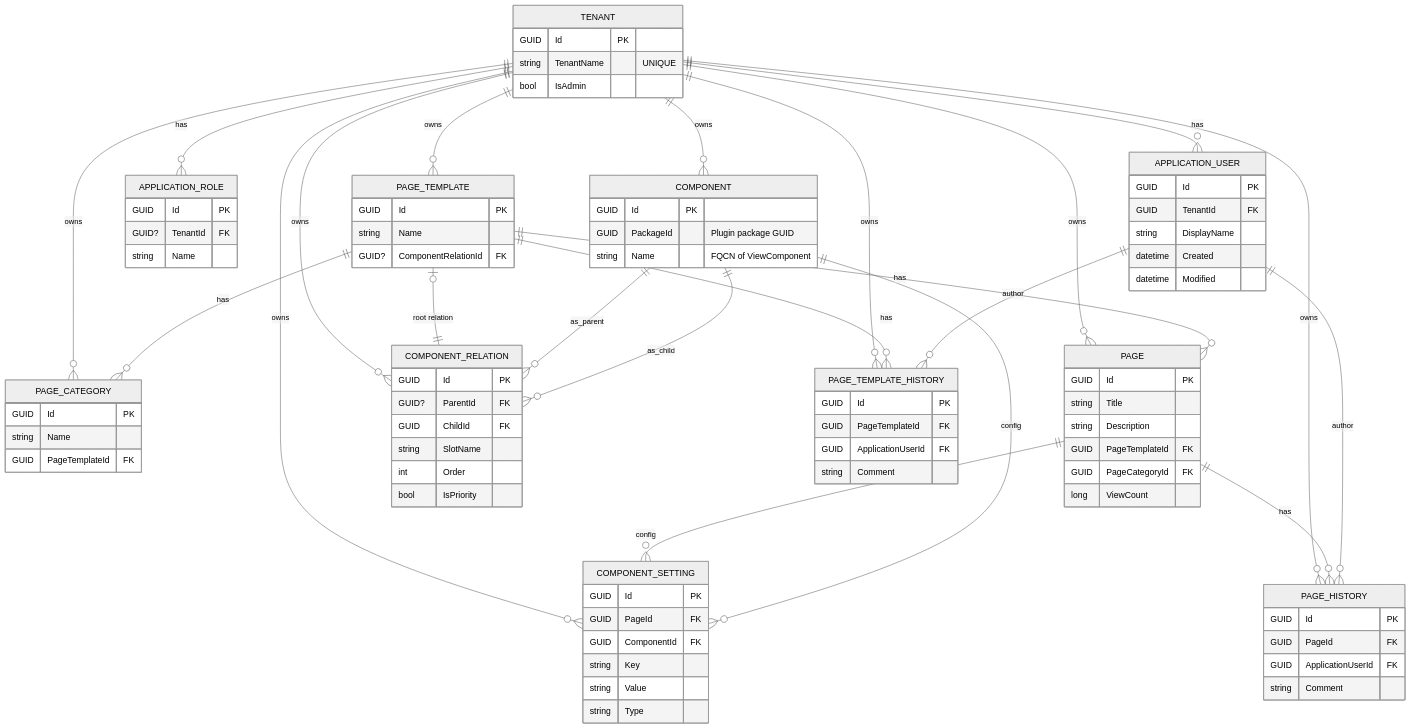
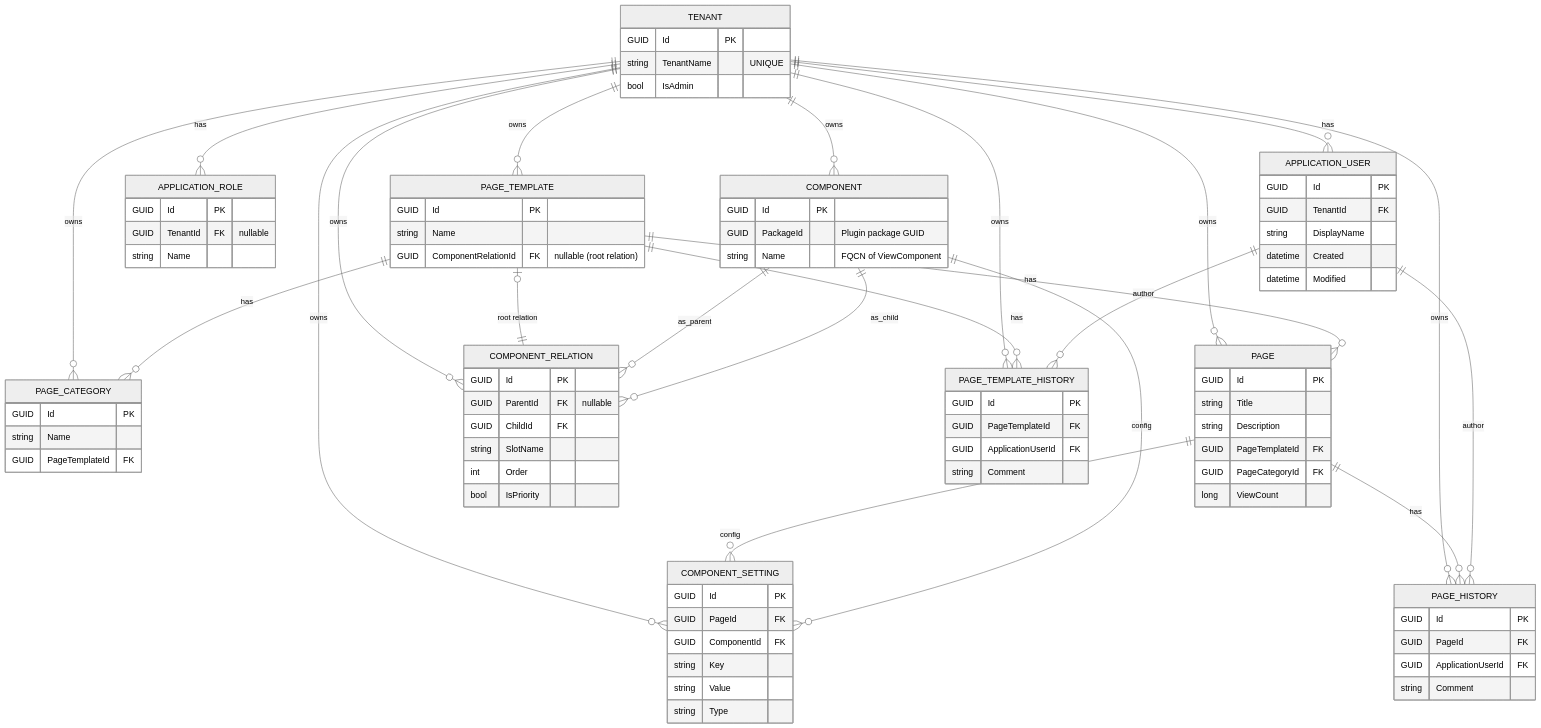
The third of 3 diagrams in README.md (kindai-micon/Micon.CMS), drawn with Mermaid (neutral theme) before and after one commit.

Commit message:
[update] er

```diff
--- a/README.md
+++ b/README.md
@@ -188,13 +188,13 @@
   }
   APPLICATION_ROLE {
     GUID Id PK
-    GUID? TenantId FK
+    GUID TenantId FK "nullable"
     string Name
   }
   PAGE_TEMPLATE {
     GUID Id PK
     string Name
-    GUID? ComponentRelationId FK
+    GUID ComponentRelationId FK "nullable (root relation)"
   }
   PAGE_CATEGORY {
     GUID Id PK
@@ -228,7 +228,7 @@
   }
   COMPONENT_RELATION {
     GUID Id PK
-    GUID? ParentId FK
+    GUID ParentId FK "nullable"
     GUID ChildId FK
     string SlotName
     int Order
```
